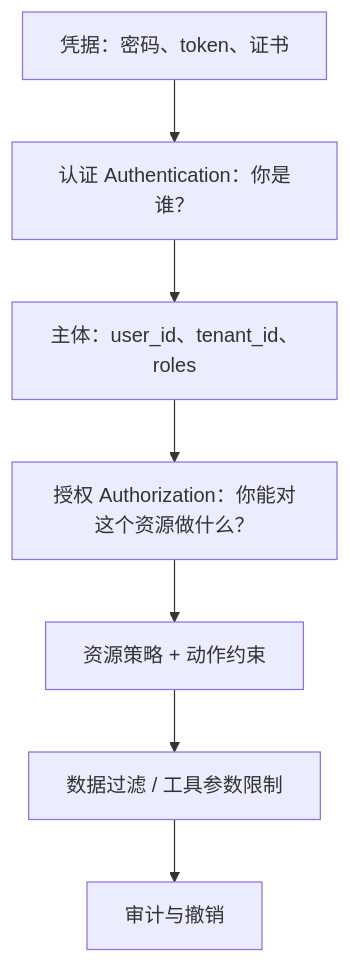
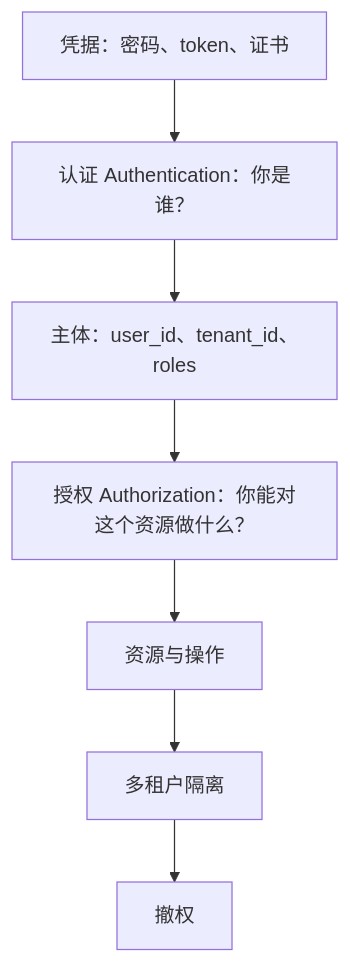
One commit to hub138/technical-knowledge changed the first of 3 diagrams in vault/工程知识/后端系统：在并发、失败与变化中维持服务/服务设计/认证授权决定请求能看什么和做什么.md. Above: the diagram before and after it, drawn with Mermaid. The commit also changed other lines of this file and 622 other files, not shown here.

````diff
--- a/vault/工程知识/后端系统：在并发、失败与变化中维持服务/服务设计/认证授权决定请求能看什么和做什么.md
+++ b/vault/工程知识/后端系统：在并发、失败与变化中维持服务/服务设计/认证授权决定请求能看什么和做什么.md
@@ -68,11 +80,11 @@
 ```mermaid
 flowchart TB
     a["凭据：密码、token、证书"]
     b["认证 Authentication：你是谁？"]
     c["主体：user_id、tenant_id、roles"]
     d["授权 Authorization：你能对这个资源做什么？"]
-    e["资源策略 + 动作约束"]
-    f["数据过滤 / 工具参数限制"]
-    g["审计与撤销"]
+    e["资源与操作"]
+    f["多租户隔离"]
+    g["撤权"]
     a --> b --> c --> d --> e --> f --> g
 ```
````
